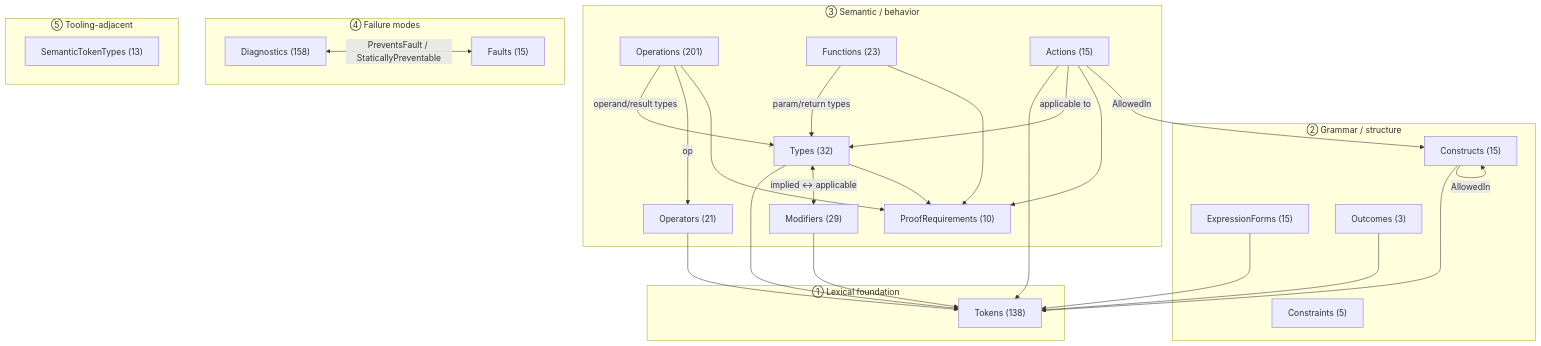
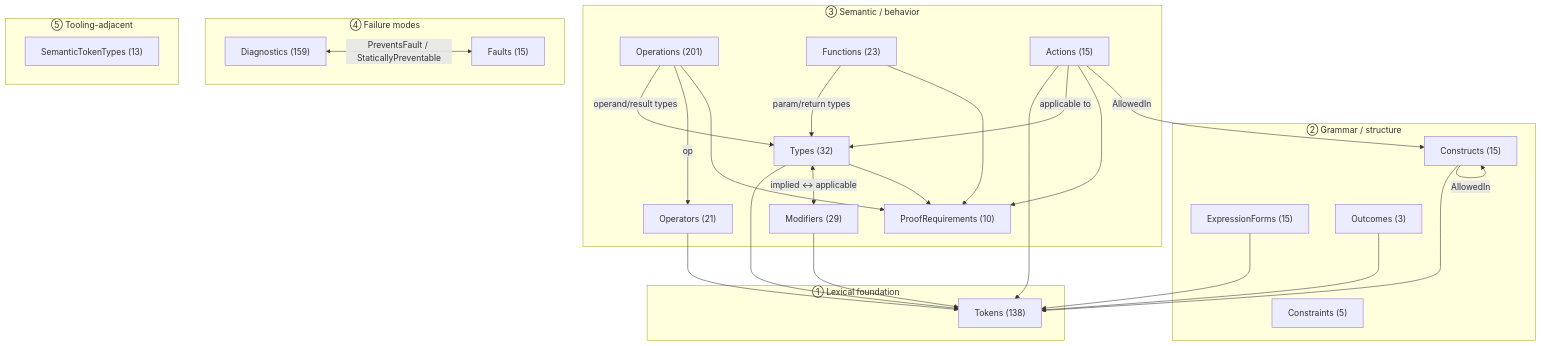
Before and after one commit to sfalik/Precept: the first of 6 diagrams in docs/language/catalog-system.md, drawn with Mermaid. The commit also changed 34 other files, not shown here.

````diff
--- a/docs/language/catalog-system.md
+++ b/docs/language/catalog-system.md
@@ -264,61 +264,61 @@
 ```mermaid
 flowchart TB
     subgraph L1["① Lexical foundation"]
         Tokens["Tokens (138)"]
     end
 
     subgraph L2["② Grammar / structure"]
         Constructs["Constructs (15)"]
         ExpressionForms["ExpressionForms (15)"]
         Outcomes["Outcomes (3)"]
         Constraints["Constraints (5)"]
     end
 
     subgraph L3["③ Semantic / behavior"]
         Types["Types (32)"]
         Operators["Operators (21)"]
         Operations["Operations (201)"]
         Functions["Functions (23)"]
         Modifiers["Modifiers (29)"]
         Actions["Actions (15)"]
         ProofRequirements["ProofRequirements (10)"]
     end
 
     subgraph L4["④ Failure modes"]
-        Diagnostics["Diagnostics (158)"]
+        Diagnostics["Diagnostics (159)"]
         Faults["Faults (15)"]
     end
 
     subgraph L5["⑤ Tooling-adjacent"]
         SemanticTokenTypes["SemanticTokenTypes (13)"]
     end
 
     %% Seven catalogs anchor to Tokens
     Types       --> Tokens
     Operators   --> Tokens
     Modifiers   --> Tokens
     Actions     --> Tokens
     Constructs  --> Tokens
     ExpressionForms --> Tokens
     Outcomes    --> Tokens
 
     %% Semantic wiring
     Functions  -->|param/return types| Types
     Operations -->|operand/result types| Types
     Operations -->|op| Operators
     Actions    -->|applicable to| Types
     Types     <-->|"implied ↔ applicable"| Modifiers
 
     %% Proof obligations
     Types      --> ProofRequirements
     Functions  --> ProofRequirements
     Operations --> ProofRequirements
     Actions    --> ProofRequirements
 
     %% Grammar nesting
     Actions    -->|AllowedIn| Constructs
     Constructs -->|AllowedIn| Constructs
 
     %% Failure link
     Diagnostics <-->|"PreventsFault / StaticallyPreventable"| Faults
 ```
````
